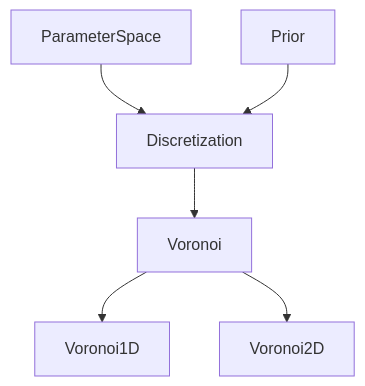
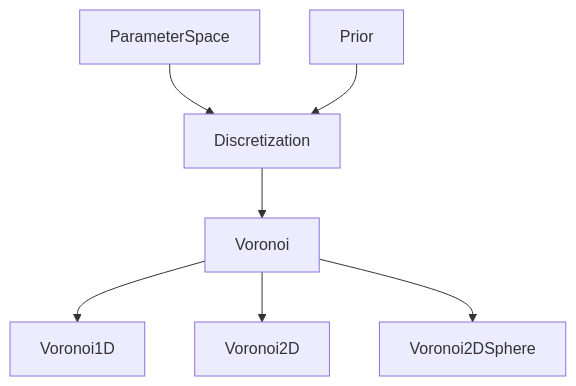
Before and after one commit to fmagrini/bayes-bay: the diagram in docs/source/api/api_standard_discretization.rst, drawn with Mermaid. The commit also changed other lines of this file and 3 other files, not shown here.

First line of the commit message:
added Voronoi2DSphere: trans-dimensional Voronoi tessellation on the sphere

```diff
--- a/docs/source/api/api_standard_discretization.rst
+++ b/docs/source/api/api_standard_discretization.rst
@@ -7,8 +7,9 @@
 .. mermaid::
 
    graph TD;
        ParameterSpace-->Discretization;
        Prior-->Discretization;
        Discretization-->Voronoi;
        Voronoi-->Voronoi1D;
-       Voronoi-->Voronoi2D
+       Voronoi-->Voronoi2D;
+       Voronoi-->Voronoi2DSphere
```
